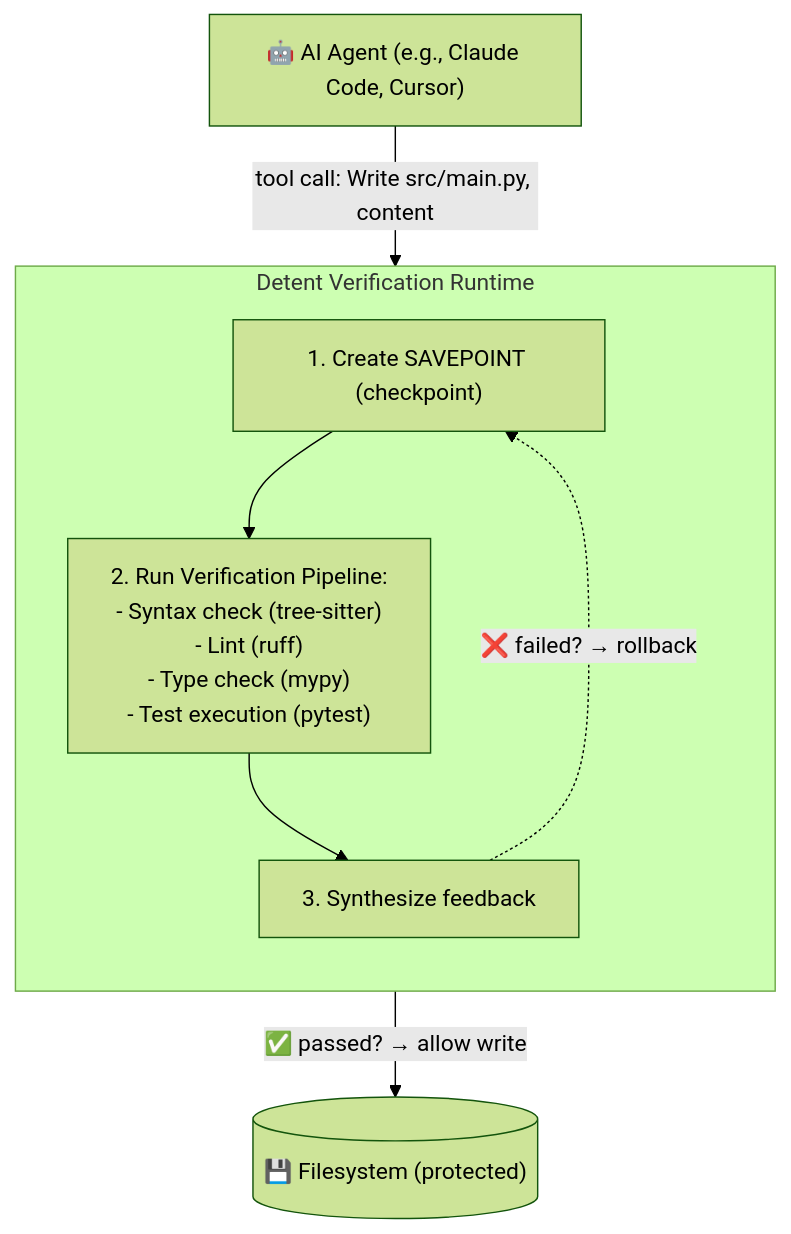
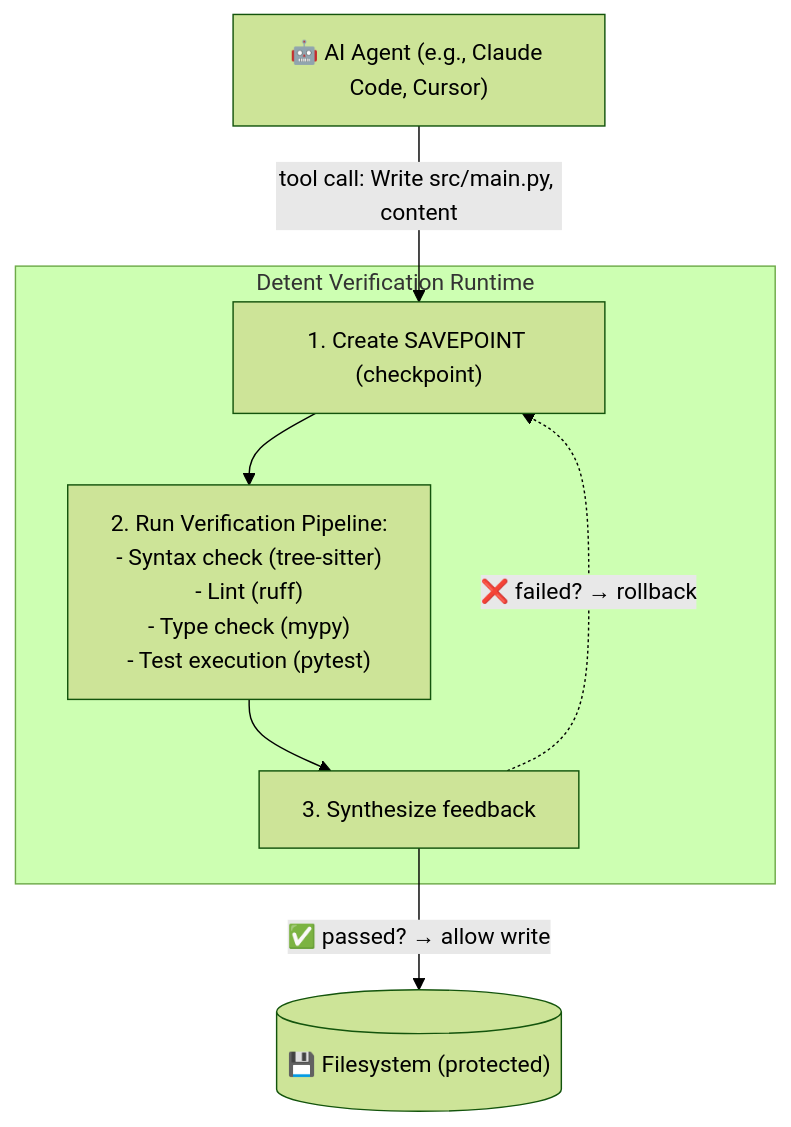
Before and after one commit to ofircohen205/detent: the diagram in README.md, drawn with Mermaid (forest theme).

Commit message:
docs(readme): downgrade mermaid syntax for v8.8.0 compatibility

````diff
--- a/README.md
+++ b/README.md
@@ -19,19 +19,18 @@
 ```mermaid
-flowchart TD
+graph TD
     Agent["🤖 AI Agent (e.g., Claude Code, Cursor)"]
 
-    subgraph Detent[Detent Verification Runtime]
-        direction TB
+    subgraph Detent Verification Runtime
         S1["1. Create SAVEPOINT (checkpoint)"]
         S2["2. Run Verification Pipeline:<br>- Syntax check (tree-sitter)<br>- Lint (ruff)<br>- Type check (mypy)<br>- Test execution (pytest)"]
         S3["3. Synthesize feedback"]
-        S1 --> S2
-        S2 --> S3
     end
 
     FS[("💾 Filesystem (protected)")]
 
     Agent -->|tool call: Write src/main.py, content| S1
+    S1 --> S2
+    S2 --> S3
     S3 -->|✅ passed? → allow write| FS
     S3 -.->|❌ failed? → rollback| S1
 ```
````
